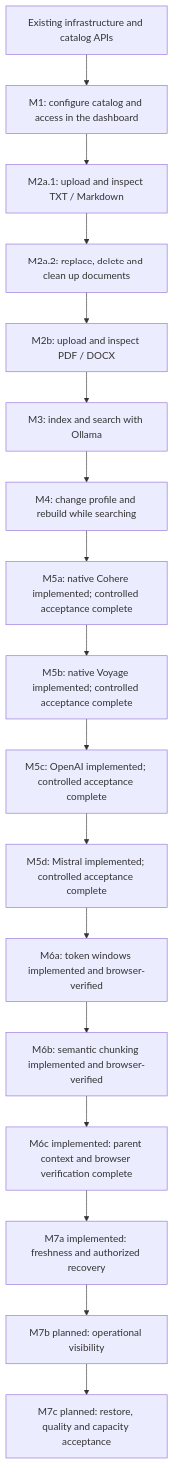
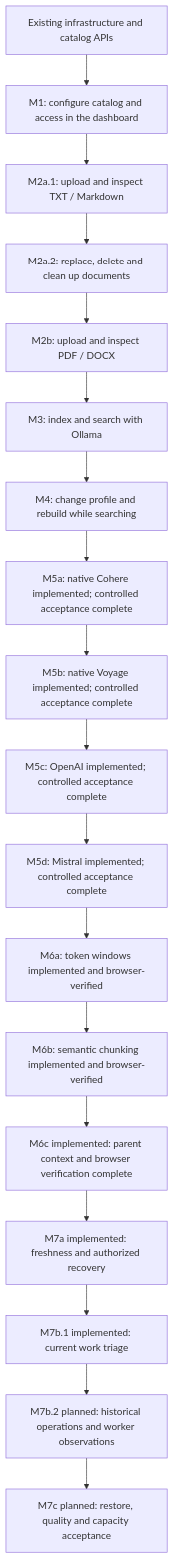
Before and after one commit to SimonLoir/vectorix: the fifth of 5 diagrams in docs/rag-implementation-plan.md, drawn with Mermaid. The commit also changed other lines of this file and 54 other files, not shown here.

Commit message:
feat(rag): add current-work operations dashboard

````diff
--- a/docs/rag-implementation-plan.md
+++ b/docs/rag-implementation-plan.md
@@ -266,19 +267,20 @@
 ```mermaid
 flowchart TD
     BASE["Existing infrastructure and catalog APIs"] --> M1["M1: configure catalog and access in the dashboard"]
     M1 --> M2A["M2a.1: upload and inspect TXT / Markdown"]
     M2A --> M2A2["M2a.2: replace, delete and clean up documents"]
     M2A2 --> M2B["M2b: upload and inspect PDF / DOCX"]
     M2B --> M3["M3: index and search with Ollama"]
     M3 --> M4["M4: change profile and rebuild while searching"]
     M4 --> M5A["M5a: native Cohere implemented; controlled acceptance complete"]
     M5A --> M5B["M5b: native Voyage implemented; controlled acceptance complete"]
     M5B --> M5C["M5c: OpenAI implemented; controlled acceptance complete"]
     M5C --> M5D["M5d: Mistral implemented; controlled acceptance complete"]
     M5D --> M6A["M6a: token windows implemented and browser-verified"]
     M6A --> M6B["M6b: semantic chunking implemented and browser-verified"]
     M6B --> M6C["M6c implemented: parent context and browser verification complete"]
     M6C --> M7A["M7a implemented: freshness and authorized recovery"]
-    M7A --> M7B["M7b planned: operational visibility"]
-    M7B --> M7C["M7c planned: restore, quality and capacity acceptance"]
+    M7A --> M7B1["M7b.1 implemented: current work triage"]
+    M7B1 --> M7B2["M7b.2 planned: historical operations and worker observations"]
+    M7B2 --> M7C["M7c planned: restore, quality and capacity acceptance"]
 ```
````
